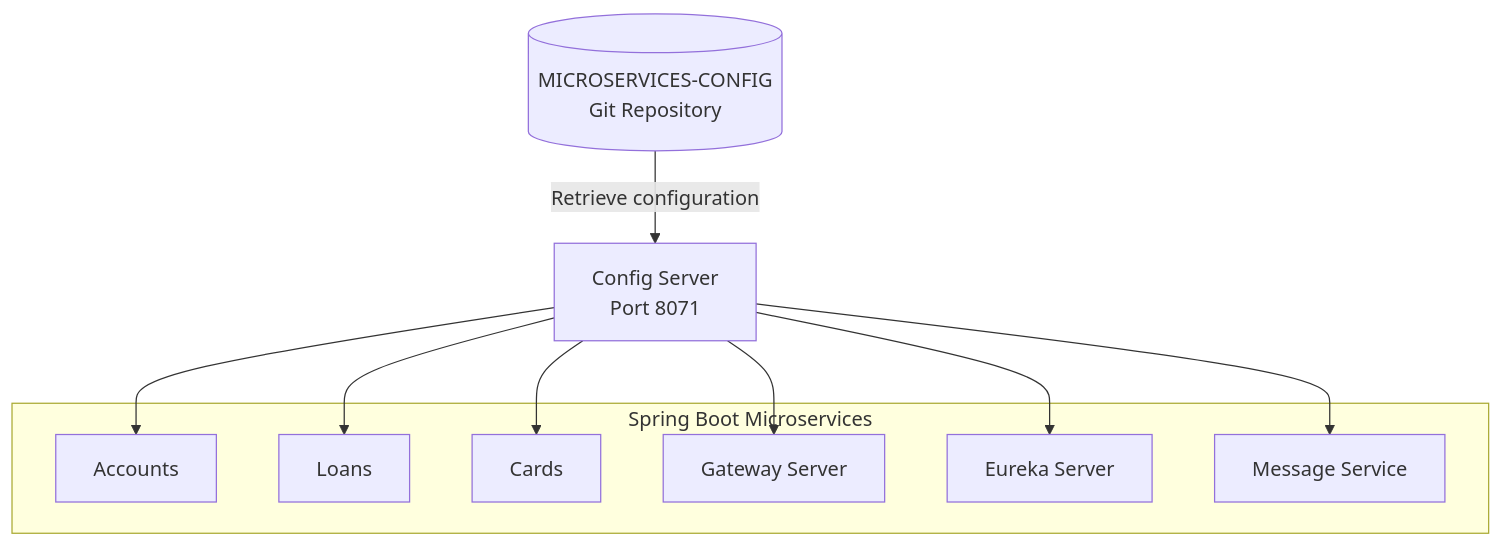
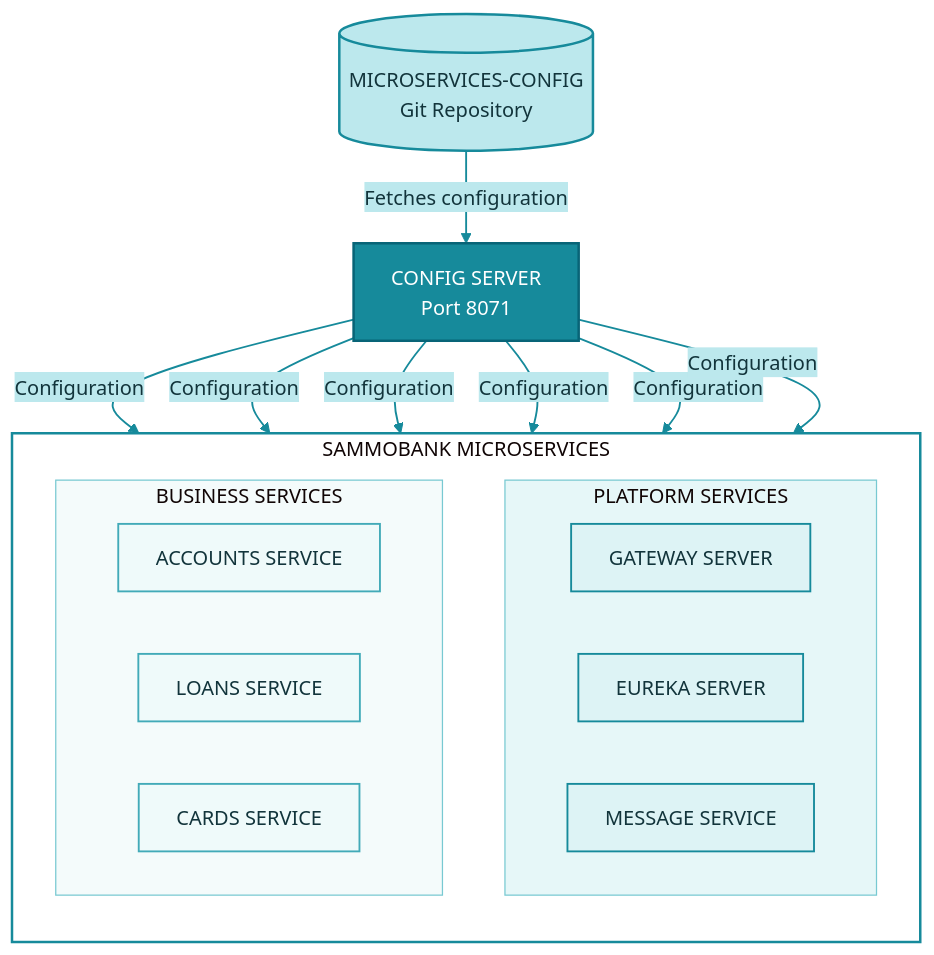
One commit to SoyaChunkz/MICROSERVICES changed the first of 2 diagrams in docs/configuration-management.md. Above: the diagram before and after it, drawn with Mermaid. The commit also changed other lines of this file and 6 other files, not shown here.

````diff
--- a/docs/configuration-management.md
+++ b/docs/configuration-management.md
@@ -52,24 +52,60 @@
 ```mermaid
+%%{init: {
+  'theme': 'base',
+  'themeVariables': {
+    'primaryColor': '#DDF3F5',
+    'primaryTextColor': '#12343B',
+    'primaryBorderColor': '#168A9B',
+    'lineColor': '#168A9B',
+    'secondaryColor': '#BCE8ED',
+    'tertiaryColor': '#EFFAFA',
+    'clusterBkg': '#EFFAFA',
+    'clusterBorder': '#78C9D2',
+    'fontFamily': 'Arial, sans-serif'
+  }
+}}%%
+
 flowchart TB
     Git[("MICROSERVICES-CONFIG<br/>Git Repository")]
+    Config["CONFIG SERVER<br/>Port 8071"]
 
-    Config["Config Server<br/>Port 8071"]
-
-    subgraph Clients["Spring Boot Microservices"]
-        Accounts["Accounts"]
-        Loans["Loans"]
-        Cards["Cards"]
-        Gateway["Gateway Server"]
-        Eureka["Eureka Server"]
-        Message["Message Service"]
+    subgraph SammoBank["SAMMOBANK MICROSERVICES"]
+        direction TB
+        subgraph Platform["PLATFORM SERVICES"]
+            direction LR
+            Gateway["GATEWAY SERVER"]
+            Eureka["EUREKA SERVER"]
+            Message["MESSAGE SERVICE"]
+        end
+        subgraph Business["BUSINESS SERVICES"]
+            direction LR
+            Accounts["ACCOUNTS SERVICE"]
+            Loans["LOANS SERVICE"]
+            Cards["CARDS SERVICE"]
+        end
     end
 
-    Git -->|"Retrieve configuration"| Config
+    Git -->|"Fetches configuration"| Config
+    Config -->|"Configuration"| Gateway
+    Config -->|"Configuration"| Eureka
+    Config -->|"Configuration"| Message
+    Config -->|"Configuration"| Accounts
+    Config -->|"Configuration"| Loans
+    Config -->|"Configuration"| Cards
 
-    Config --> Accounts
-    Config --> Loans
-    Config --> Cards
-    Config --> Gateway
-    Config --> Eureka
-    Config --> Message
+    classDef repository fill:#BCE8ED,stroke:#168A9B,stroke-width:2px,color:#12343B
+    classDef config fill:#168A9B,stroke:#086477,stroke-width:2px,color:#FFFFFF
+    classDef platform fill:#DDF3F5,stroke:#168A9B,stroke-width:1.5px,color:#12343B
+    classDef business fill:#EFFAFA,stroke:#42AAB8,stroke-width:1.5px,color:#12343B
+
+    class Git repository
+    class Config config
+    class Gateway,Eureka,Message platform
+    class Accounts,Loans,Cards business
+
+    style SammoBank fill:#FFFFFF,stroke:#168A9B,stroke-width:2px
+    style Platform fill:#E6F7F8,stroke:#78C9D2,stroke-width:1px
+    style Business fill:#F4FBFB,stroke:#78C9D2,stroke-width:1px
+
+    linkStyle default stroke:#168A9B,stroke-width:1.5px,color:#12343B
 ```
````
